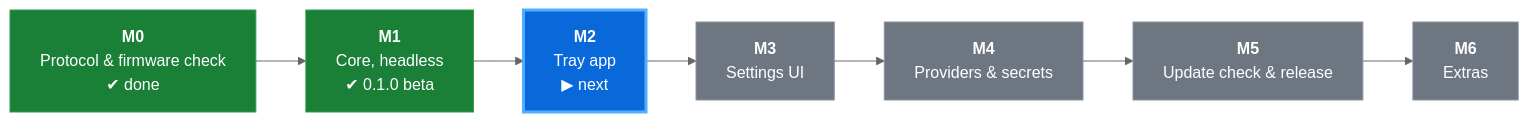
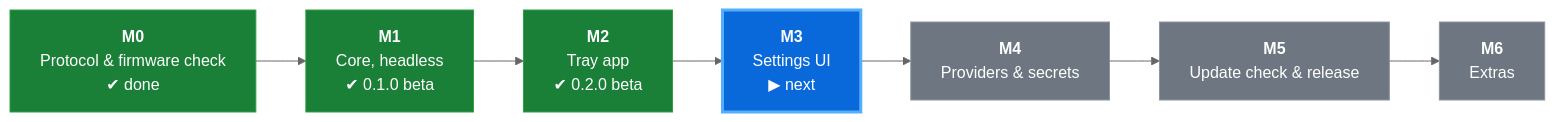
The diagram in apps/nd104-sync/README.md (MrUrdam/chilkey_nd104_utilities), drawn with Mermaid (neutral theme) before and after one commit. The commit also changed other lines of this file and 32 other files, not shown here.

First line of the commit message:
M2: tray app with installers (0.2.0)

````diff
--- a/apps/nd104-sync/README.md
+++ b/apps/nd104-sync/README.md
@@ -431,15 +450,15 @@
 ```mermaid
 flowchart LR
     M0["<b>M0</b><br/>Protocol &amp; firmware check<br/>✔ done"]:::done
     M1["<b>M1</b><br/>Core, headless<br/>✔ 0.1.0 beta"]:::done
-    M2["<b>M2</b><br/>Tray app<br/>▶ next"]:::current
-    M3["<b>M3</b><br/>Settings UI"]:::todo
+    M2["<b>M2</b><br/>Tray app<br/>✔ 0.2.0 beta"]:::done
+    M3["<b>M3</b><br/>Settings UI<br/>▶ next"]:::current
     M4["<b>M4</b><br/>Providers &amp; secrets"]:::todo
     M5["<b>M5</b><br/>Update check &amp; release"]:::todo
     M6["<b>M6</b><br/>Extras"]:::todo
     M0 --> M1 --> M2 --> M3 --> M4 --> M5 --> M6
 
     classDef done fill:#1a7f37,stroke:#2ea043,color:#ffffff
     classDef current fill:#0969da,stroke:#54aeff,color:#ffffff,stroke-width:3px
     classDef todo fill:#6e7781,stroke:#8c959f,color:#ffffff
 ```
````
